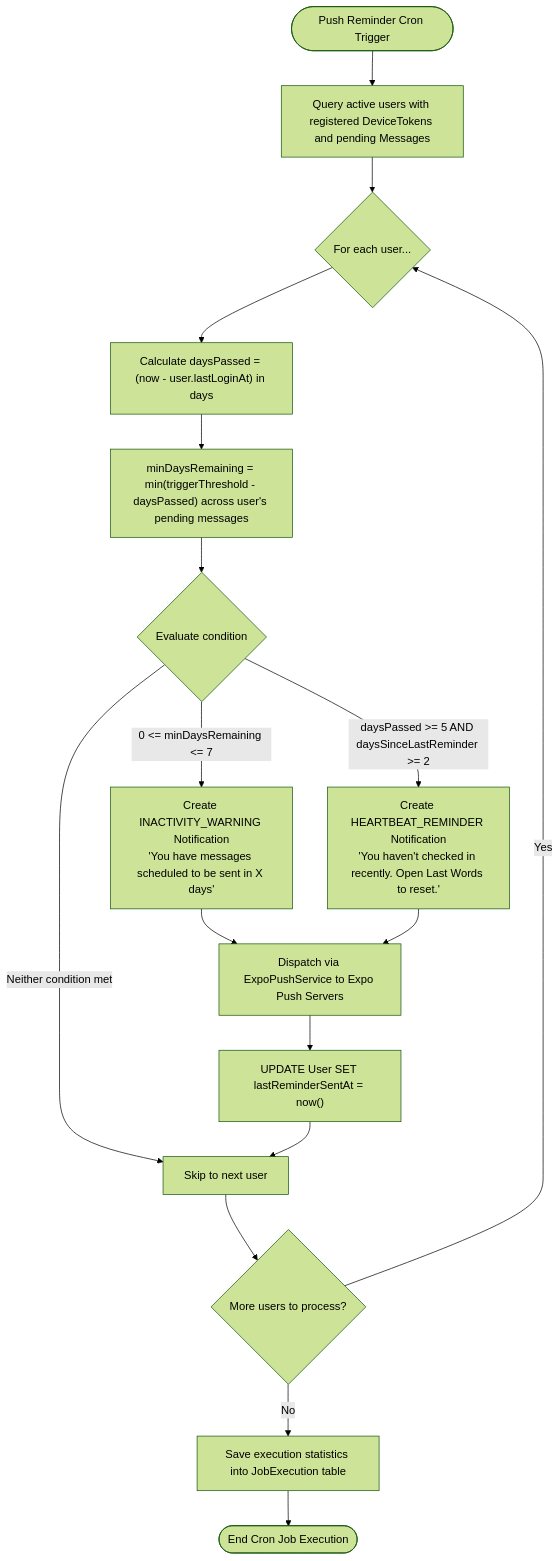
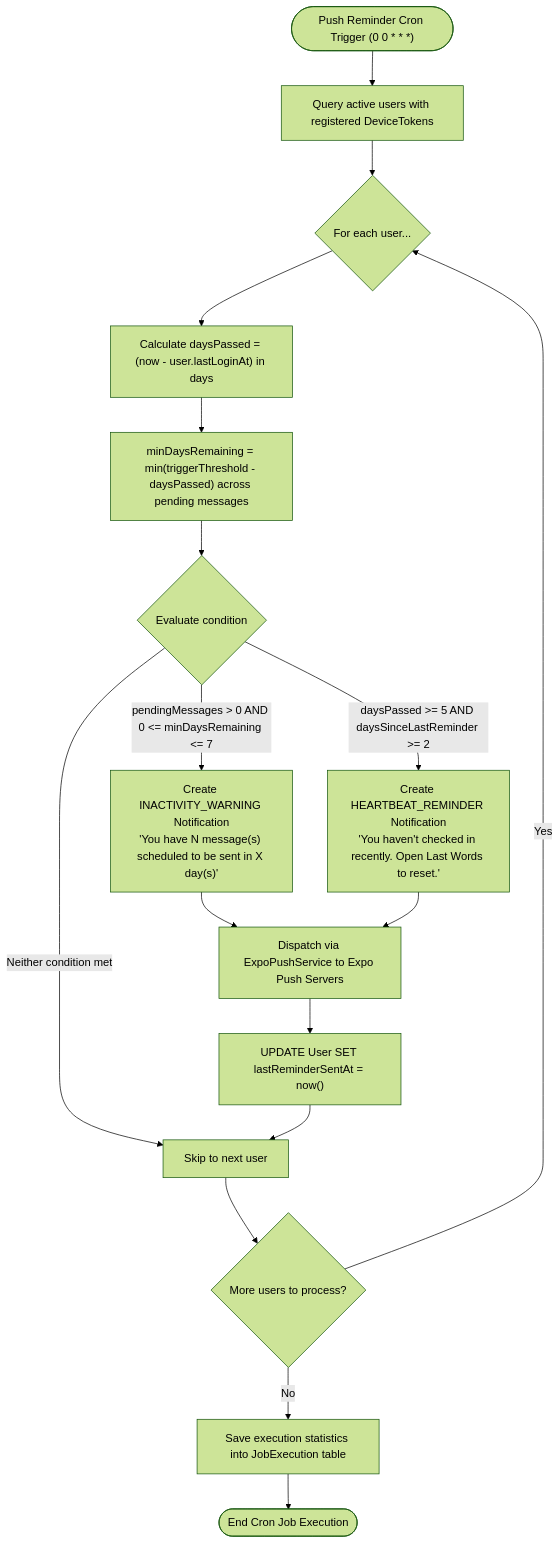
Before and after one commit to AryanSin/last-words-app: the fifth of 7 diagrams in codebase_diagrams.md, drawn with Mermaid (forest theme). The commit also changed other lines of this file and 1 other file, not shown here.

Commit message:
updated readme.md and codebase_diagram.md

````diff
--- a/codebase_diagrams.md
+++ b/codebase_diagrams.md
@@ -347,25 +345,25 @@
 ```mermaid
 flowchart TD
-    StartCron([Push Reminder Cron Trigger]) --> FetchUsers["Query active users with registered DeviceTokens and pending Messages"]
+    StartCron(["Push Reminder Cron Trigger (0 0 * * *)"]) --> FetchUsers["Query active users with registered DeviceTokens"]
     FetchUsers --> LoopUsers{"For each user..."}
 
     LoopUsers --> CalcDays["Calculate daysPassed = (now - user.lastLoginAt) in days"]
-    CalcDays --> FindMin["minDaysRemaining = min(triggerThreshold - daysPassed) across user's pending messages"]
+    CalcDays --> FindMin["minDaysRemaining = min(triggerThreshold - daysPassed) across pending messages"]
 
     FindMin --> CheckCondition{"Evaluate condition"}
 
-    CheckCondition -->|"0 <= minDaysRemaining <= 7"| ImminentAlert["Create INACTIVITY_WARNING Notification<br/>'You have messages scheduled to be sent in X days'"]
+    CheckCondition -->|"pendingMessages > 0 AND 0 <= minDaysRemaining <= 7"| ImminentAlert["Create INACTIVITY_WARNING Notification<br/>'You have N message(s) scheduled to be sent in X day(s)'"]
     CheckCondition -->|"daysPassed >= 5 AND daysSinceLastReminder >= 2"| HeartbeatAlert["Create HEARTBEAT_REMINDER Notification<br/>'You haven't checked in recently. Open Last Words to reset.'"]
     CheckCondition -->|"Neither condition met"| NextUser["Skip to next user"]
 
     ImminentAlert --> SendPush["Dispatch via ExpoPushService to Expo Push Servers"]
     HeartbeatAlert --> SendPush
 
     SendPush --> RecordReminder["UPDATE User SET lastReminderSentAt = now()"]
     RecordReminder --> NextUser
 
     NextUser --> MoreUsers{"More users to process?"}
     MoreUsers -- Yes --> LoopUsers
     MoreUsers -- No --> LogExecution["Save execution statistics into JobExecution table"]
     LogExecution --> Done([End Cron Job Execution])
 ```
````
